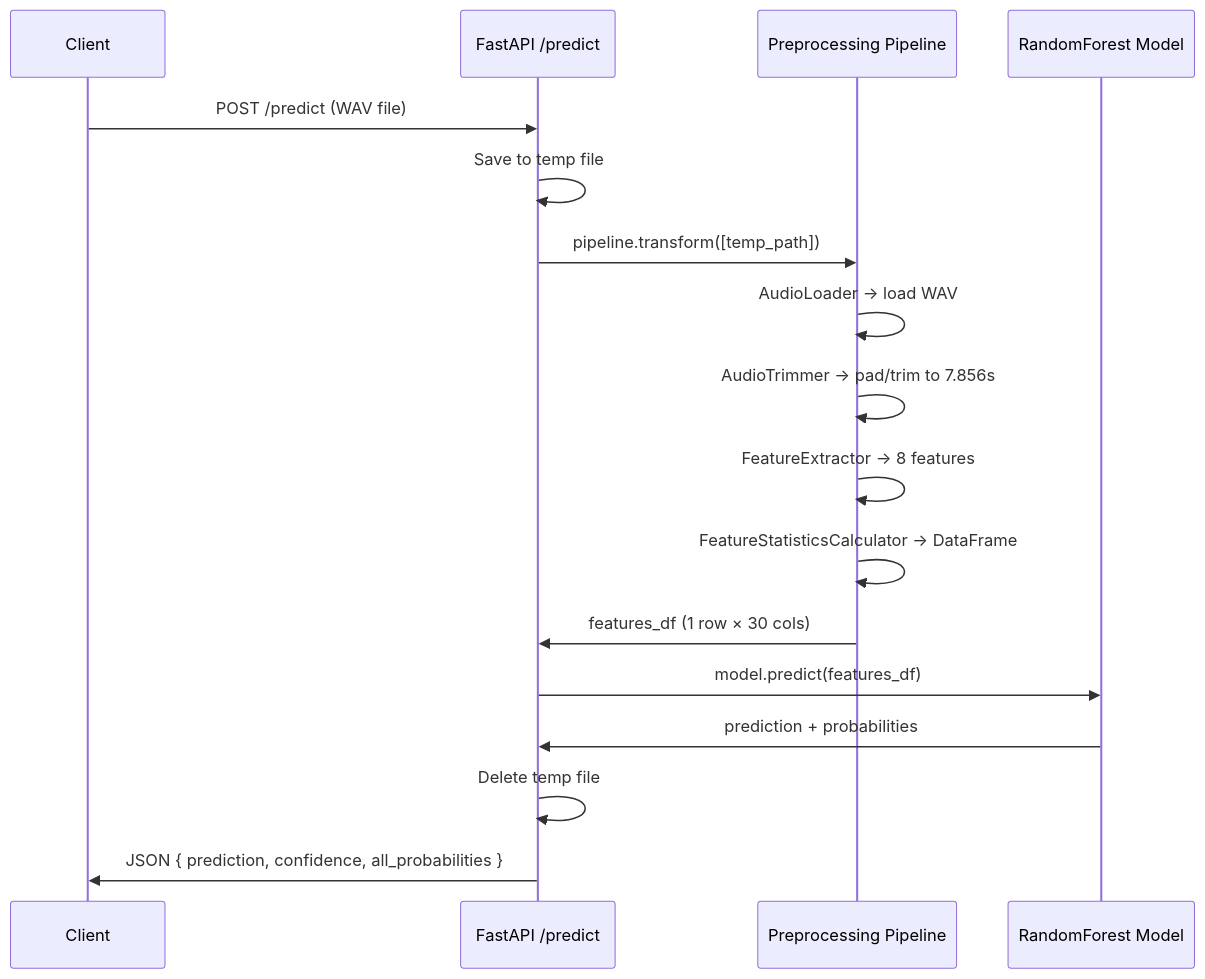
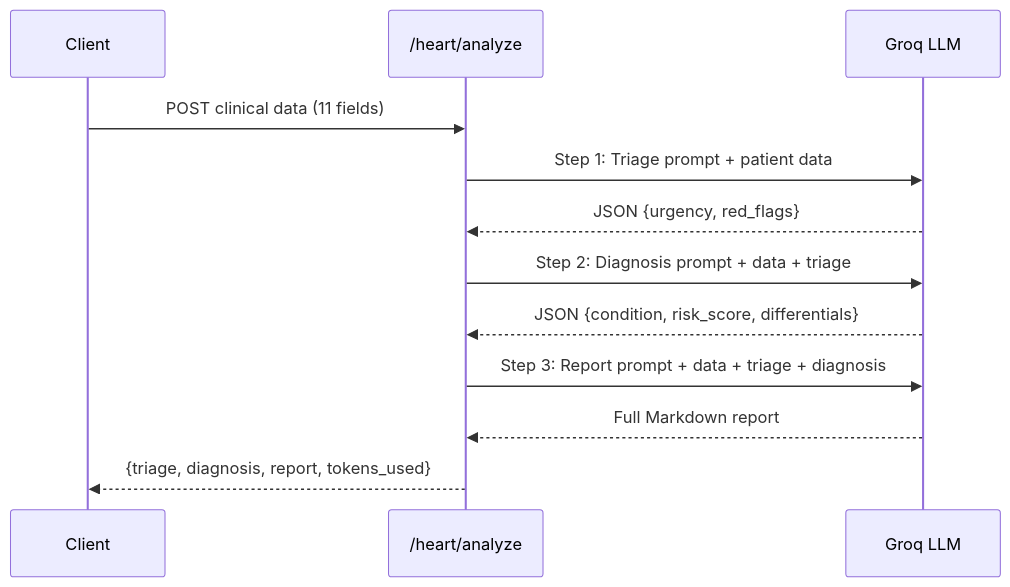
The second of 3 diagrams in README.md (achuajays/Respiratory_Disease_Classifier_API), drawn with Mermaid before and after one commit. The commit also changed other lines of this file, not shown here.

Commit message:
feat: Expand the API from a single respiratory classifier to a comprehensive medical AI platform with multiple LLM-powered features and updated project structure.

````diff
--- a/README.md
+++ b/README.md
@@ -197,20 +307,15 @@
 ```mermaid
 sequenceDiagram
     participant C as Client
-    participant A as FastAPI /predict
-    participant P as Preprocessing Pipeline
-    participant M as RandomForest Model
+    participant API as /heart/analyze
+    participant G as Groq LLM
 
-    C->>A: POST /predict (WAV file)
-    A->>A: Save to temp file
-    A->>P: pipeline.transform([temp_path])
-    P->>P: AudioLoader → load WAV
-    P->>P: AudioTrimmer → pad/trim to 7.856s
-    P->>P: FeatureExtractor → 8 features
-    P->>P: FeatureStatisticsCalculator → DataFrame
-    P->>A: features_df (1 row × 30 cols)
-    A->>M: model.predict(features_df)
-    M->>A: prediction + probabilities
-    A->>A: Delete temp file
-    A->>C: JSON { prediction, confidence, all_probabilities }
+    C->>API: POST clinical data (11 fields)
+    API->>G: Step 1: Triage prompt + patient data
+    G-->>API: JSON {urgency, red_flags}
+    API->>G: Step 2: Diagnosis prompt + data + triage
+    G-->>API: JSON {condition, risk_score, differentials}
+    API->>G: Step 3: Report prompt + data + triage + diagnosis
+    G-->>API: Full Markdown report
+    API-->>C: {triage, diagnosis, report, tokens_used}
 ```
````
